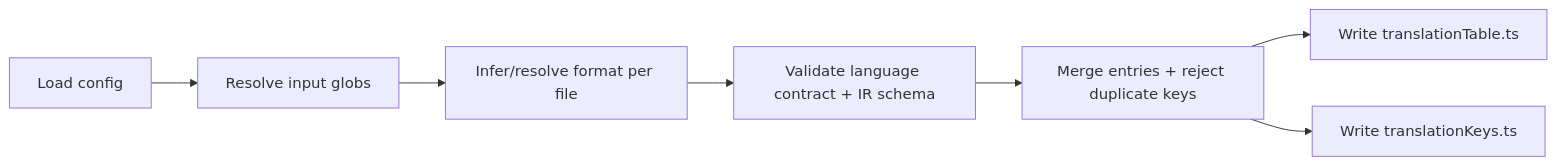
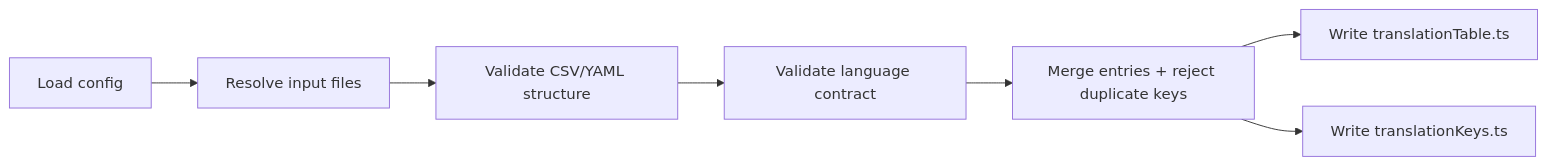
One commit to Michael--/typekit-i18n changed the diagram in apps/docs-site/docs/codegen-cli.md. Above: the diagram before and after it, drawn with Mermaid. The commit also changed other lines of this file and 10 other files, not shown here.

````diff
--- a/apps/docs-site/docs/codegen-cli.md
+++ b/apps/docs-site/docs/codegen-cli.md
@@ -39,9 +121,9 @@
 ```mermaid
 flowchart LR
-  A["Load config"] --> B["Resolve input globs"]
-  B --> C["Infer/resolve format per file"]
-  C --> D["Validate language contract + IR schema"]
+  A["Load config"] --> B["Resolve input files"]
+  B --> C["Validate CSV/YAML structure"]
+  C --> D["Validate language contract"]
   D --> E["Merge entries + reject duplicate keys"]
   E --> F["Write translationTable.ts"]
   E --> G["Write translationKeys.ts"]
 ```
````
